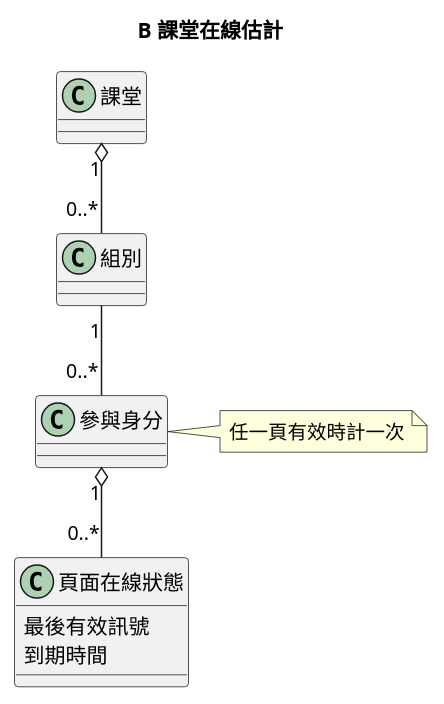
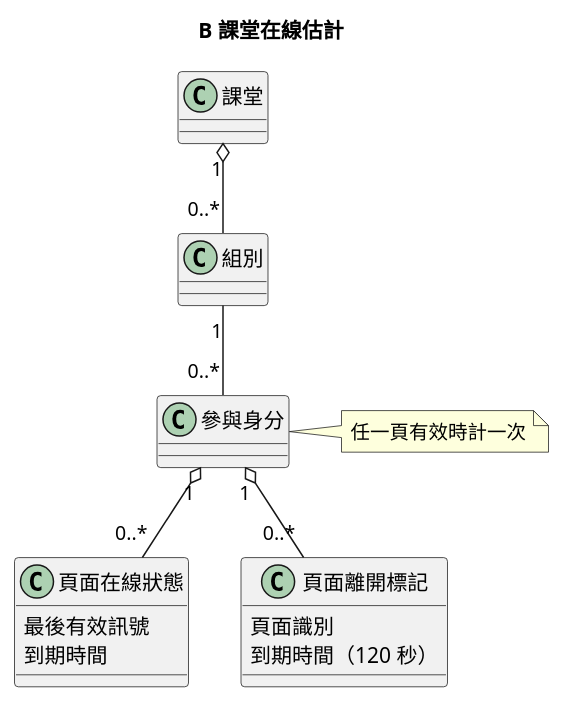
Before and after one commit to Afra0704/se2026-group20-speckit: the diagram in diagrams/010-presence-class.puml, drawn with PlantUML. The commit also changed 41 other files, not shown here.

```diff
--- a/diagrams/010-presence-class.puml
+++ b/diagrams/010-presence-class.puml
@@ -1,16 +1,21 @@
 @startuml
 title B 課堂在線估計
 class 課堂
 class 組別
 class 參與身分
 class 頁面在線狀態 {
   最後有效訊號
   到期時間
 }
 課堂 "1" o-- "0..*" 組別
 組別 "1" -- "0..*" 參與身分
 參與身分 "1" o-- "0..*" 頁面在線狀態
+class 頁面離開標記 {
+  頁面識別
+  到期時間（120 秒）
+}
+參與身分 "1" o-- "0..*" 頁面離開標記
 note right of 參與身分
 任一頁有效時計一次
 end note
 @enduml
```
